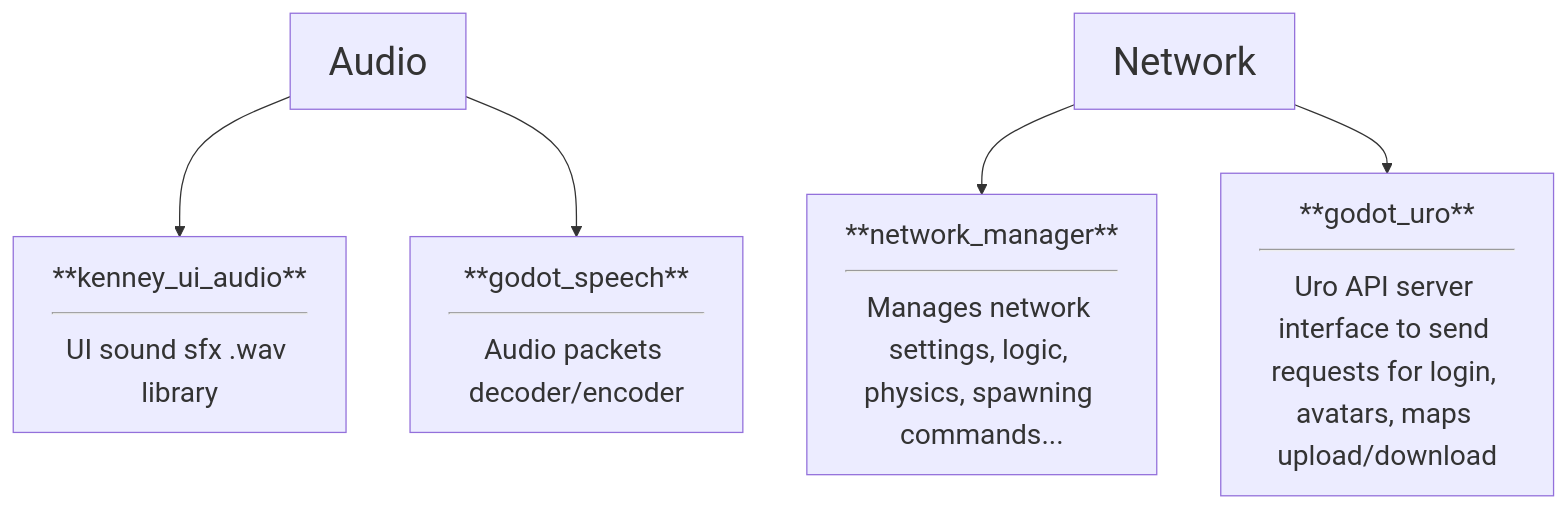
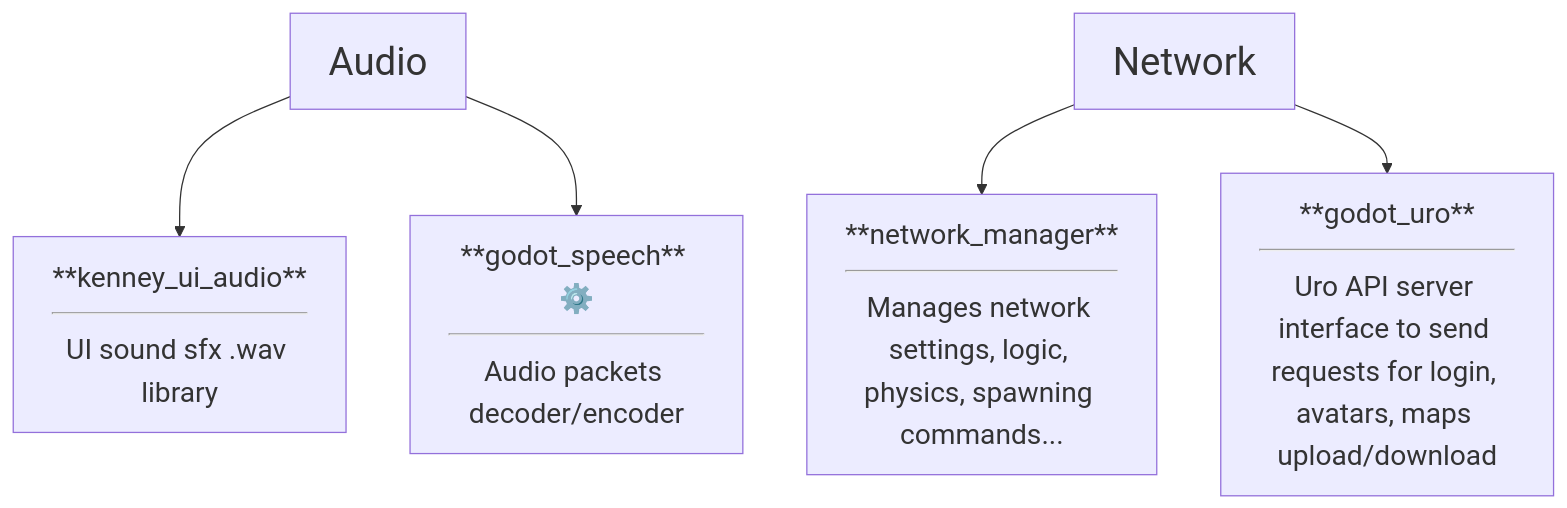
Before and after one commit to dragonhunt02/v-sekai-game: the first of 9 diagrams in test2.md, drawn with Mermaid. The commit also changed other lines of this file, not shown here.

````diff
--- a/test2.md
+++ b/test2.md
@@ -1,10 +6,10 @@
 ```mermaid
 %%{init: {'themeVariables': { 'fontSize': '22px' }}}%%
 flowchart TD
         Audio --> addon14[**kenney_ui_audio**<hr>UI sound sfx .wav library]
-        Audio --> addon9[**godot_speech**<hr>Audio packets decoder/encoder]
+        Audio --> addon9[**godot_speech** ⚙️<hr>Audio packets decoder/encoder]
         Network --> addon25[**network_manager**<hr>Manages network settings, logic, physics, spawning commands...]
         Network --> addon26[**godot_uro**<hr>Uro API server interface to send requests for login, avatars, maps upload/download]
     classDef Category font-size:30px
     class Audio,Network Category
 ```
````
